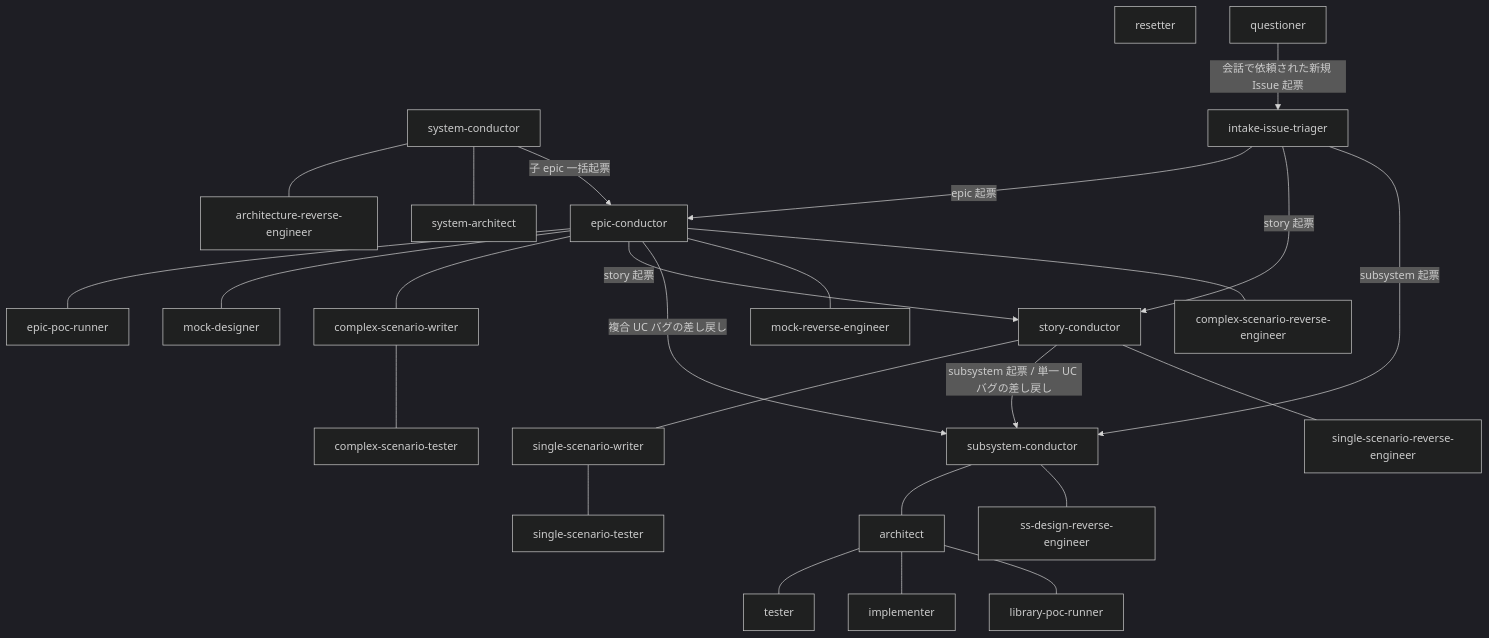
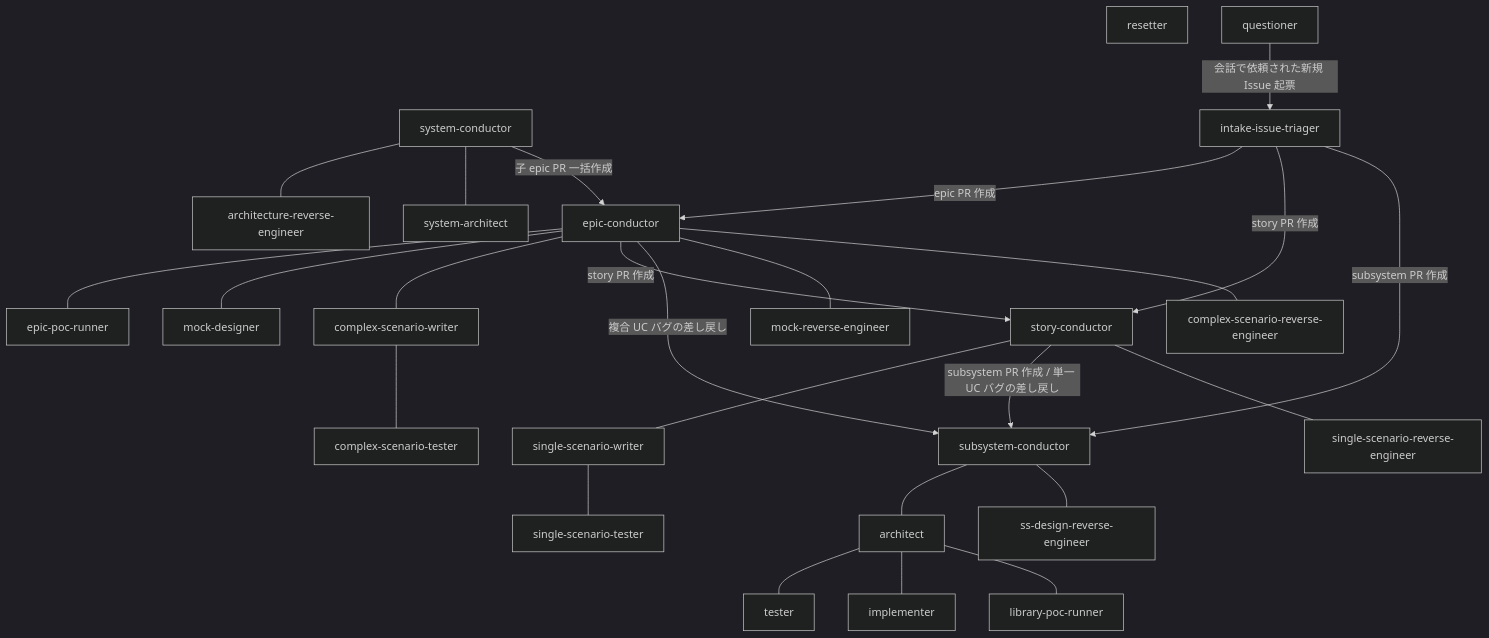
The diagram in docs/wiki/プロジェクト管理/エージェント組織図.md (shuhei1101/ai-monitor), drawn with Mermaid (dark theme) before and after one commit. The commit also changed other lines of this file and 256 other files, not shown here.

````diff
--- a/docs/wiki/プロジェクト管理/エージェント組織図.md
+++ b/docs/wiki/プロジェクト管理/エージェント組織図.md
@@ -19,57 +19,57 @@
 ```mermaid
 flowchart TD
   SYC[system-conductor]
   SYA[system-architect]
   ARE[architecture-reverse-engineer]
   MRE[mock-reverse-engineer]
   CRE[complex-scenario-reverse-engineer]
   SRE[single-scenario-reverse-engineer]
   DRE[ss-design-reverse-engineer]
   INTAKE[intake-issue-triager]
   EC[epic-conductor]
   SC[story-conductor]
   BC[subsystem-conductor]
   EPR[epic-poc-runner]
   MD[mock-designer]
   CSW[complex-scenario-writer]
   CST[complex-scenario-tester]
   SSW[single-scenario-writer]
   SST[single-scenario-tester]
   ARC[architect]
   LPR[library-poc-runner]
   TST[tester]
   IMP[implementer]
   RST[resetter]
   QST[questioner]
 
   SYC --- ARE
   SYC --- SYA
-  SYC -->|子 epic 一括起票| EC
+  SYC -->|子 epic PR 一括作成| EC
 
-  INTAKE -->|epic 起票| EC
-  INTAKE -->|story 起票| SC
-  INTAKE -->|subsystem 起票| BC
+  INTAKE -->|epic PR 作成| EC
+  INTAKE -->|story PR 作成| SC
+  INTAKE -->|subsystem PR 作成| BC
 
   EC --- EPR
   EC --- MD
   EC --- CSW
-  EC -->|story 起票| SC
+  EC -->|story PR 作成| SC
   EC -->|複合 UC バグの差し戻し| BC
   CSW --- CST
   EC --- MRE
   EC --- CRE
 
   SC --- SSW
-  SC -->|subsystem 起票 / 単一 UC バグの差し戻し| BC
+  SC -->|subsystem PR 作成 / 単一 UC バグの差し戻し| BC
   SSW --- SST
   SC --- SRE
 
   BC --- ARC
   ARC --- TST
   ARC --- IMP
   ARC --- LPR
   BC --- DRE
 
   RST
   QST -->|会話で依頼された新規 Issue 起票| INTAKE
 ```
````
